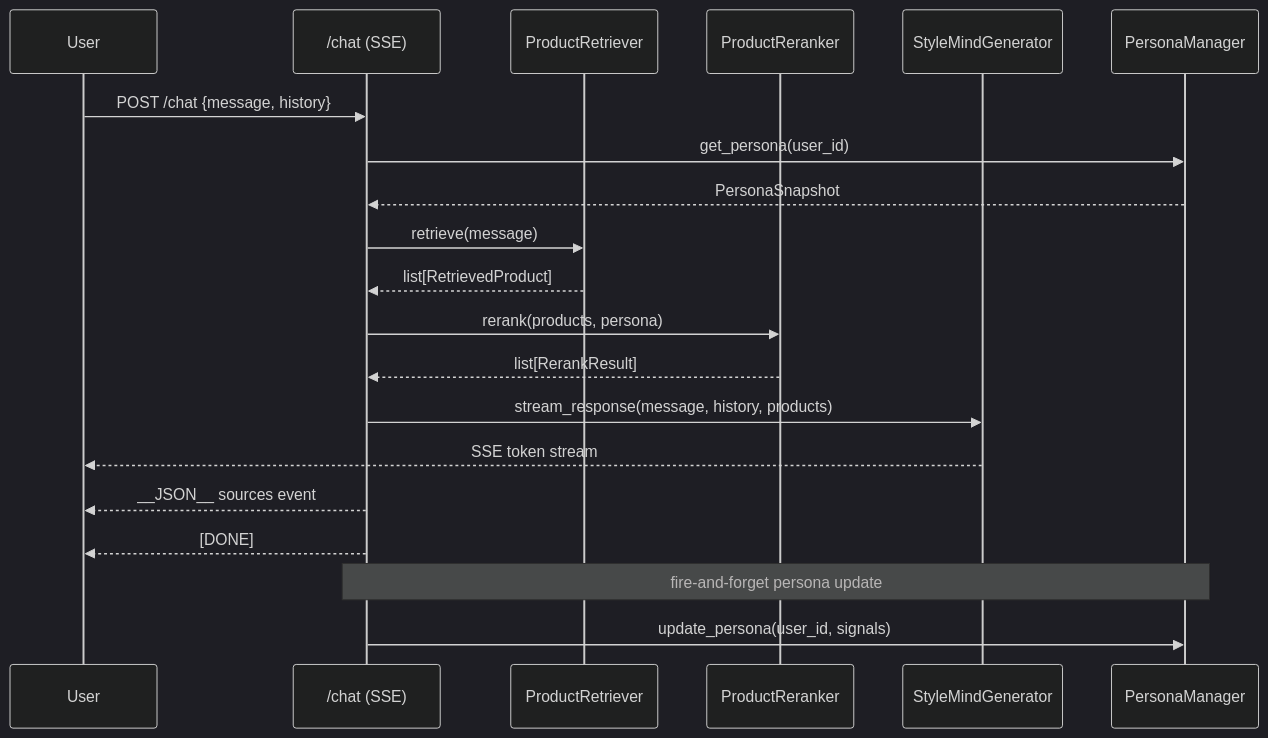
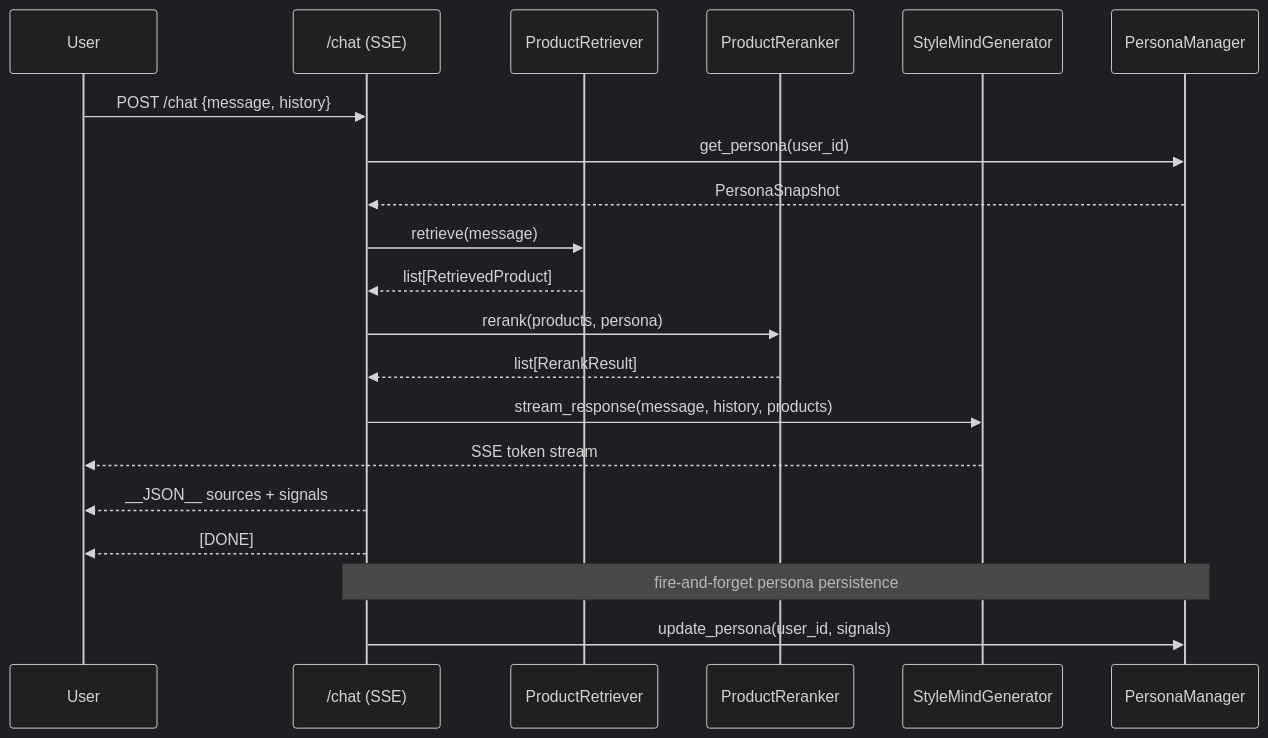
One commit to Collaboration95/stylemind changed the second of 4 diagrams in README.md. Above: the diagram before and after it, drawn with Mermaid (dark theme). The commit also changed other lines of this file, not shown here.

````diff
--- a/README.md
+++ b/README.md
@@ -213,23 +85,23 @@
 ```mermaid
 sequenceDiagram
     participant U as User
     participant API as /chat (SSE)
     participant R as ProductRetriever
     participant RR as ProductReranker
     participant G as StyleMindGenerator
     participant PM as PersonaManager
 
     U->>API: POST /chat {message, history}
     API->>PM: get_persona(user_id)
     PM-->>API: PersonaSnapshot
     API->>R: retrieve(message)
     R-->>API: list[RetrievedProduct]
     API->>RR: rerank(products, persona)
     RR-->>API: list[RerankResult]
     API->>G: stream_response(message, history, products)
     G-->>U: SSE token stream
-    API-->>U: __JSON__ sources event
+    API-->>U: __JSON__ sources + signals
     API-->>U: [DONE]
-    Note over API,PM: fire-and-forget persona update
+    Note over API,PM: fire-and-forget persona persistence
     API->>PM: update_persona(user_id, signals)
 ```
````
